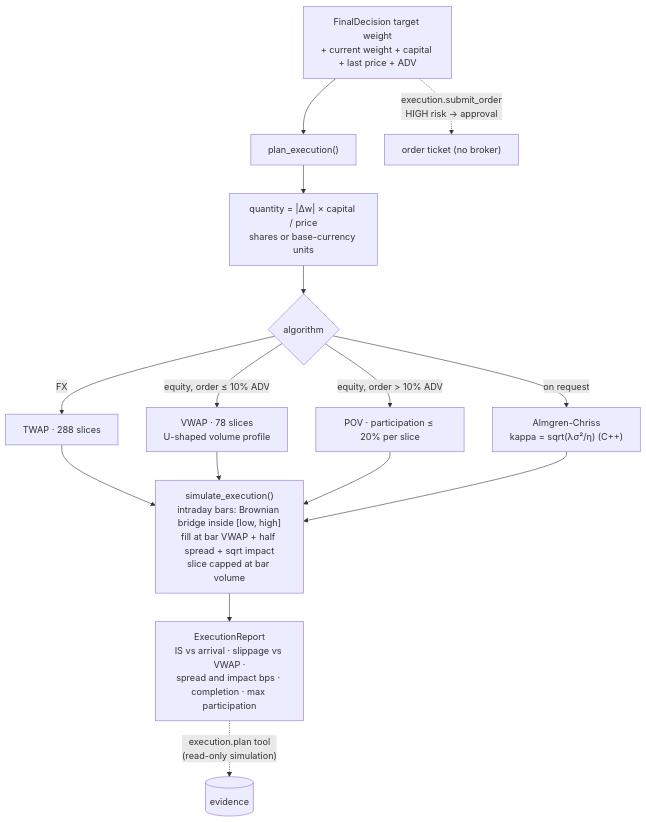
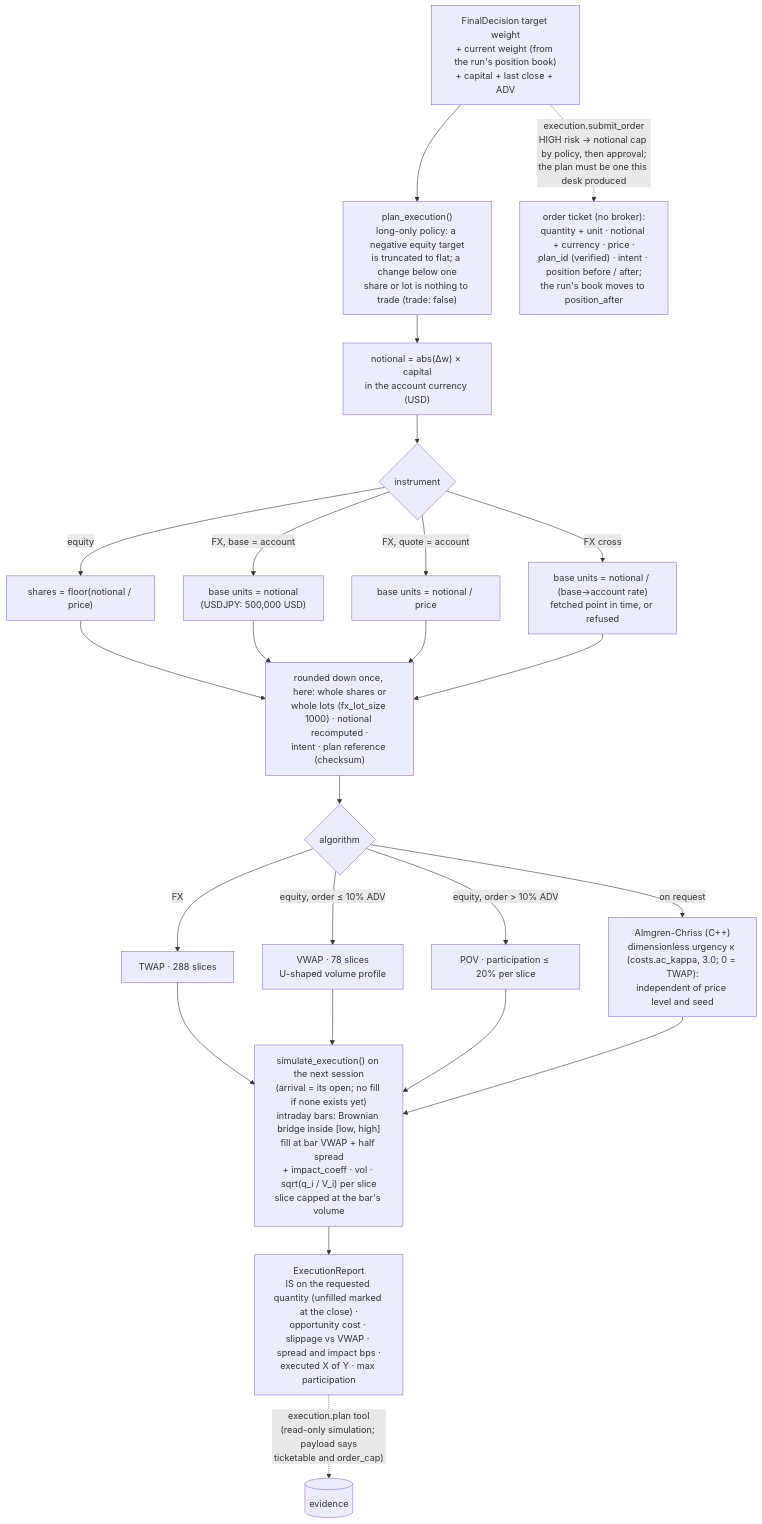
Before and after one commit to AshJha0/agentic-trader: diagram 21 of 30 in docs/DIAGRAMS.md, drawn with Mermaid. The commit also changed other lines of this file and 112 other files, not shown here.

````diff
--- a/docs/DIAGRAMS.md
+++ b/docs/DIAGRAMS.md
@@ -595,17 +610,26 @@
 ```mermaid
 flowchart TD
-    D["FinalDecision target weight<br/>+ current weight + capital + last price + ADV"] --> PL["plan_execution()"]
-    PL --> Q["quantity = |Δw| × capital / price<br/>shares or base-currency units"]
-    Q --> ALG{"algorithm"}
+    D["FinalDecision target weight<br/>+ current weight (from the run's position book)<br/>+ capital + last close + ADV"] --> PL["plan_execution()<br/>long-only policy: a negative equity target<br/>is truncated to flat; a change below one<br/>share or lot is nothing to trade (trade: false)"]
+    PL --> N["notional = abs(Δw) × capital<br/>in the account currency (USD)"]
+    N --> Q{"instrument"}
+    Q -- equity --> QE["shares = floor(notional / price)"]
+    Q -- "FX, base = account" --> QB["base units = notional<br/>(USDJPY: 500,000 USD)"]
+    Q -- "FX, quote = account" --> QQ["base units = notional / price"]
+    Q -- "FX cross" --> QX["base units = notional / (base→account rate)<br/>fetched point in time, or refused"]
+    QE --> LOT["rounded down once, here: whole shares or<br/>whole lots (fx_lot_size 1000) · notional recomputed ·<br/>intent · plan reference (checksum)"]
+    QB --> LOT
+    QQ --> LOT
+    QX --> LOT
+    LOT --> ALG{"algorithm"}
     ALG -- "FX" --> TWAP["TWAP · 288 slices"]
     ALG -- "equity, order ≤ 10% ADV" --> VWAP["VWAP · 78 slices<br/>U-shaped volume profile"]
     ALG -- "equity, order > 10% ADV" --> POV["POV · participation ≤ 20% per slice"]
-    ALG -- "on request" --> AC["Almgren-Chriss<br/>kappa = sqrt(λσ²/η) (C++)"]
+    ALG -- "on request" --> AC["Almgren-Chriss (C++)<br/>dimensionless urgency κ (costs.ac_kappa, 3.0; 0 = TWAP):<br/>independent of price level and seed"]
     TWAP --> SIM
     VWAP --> SIM
     POV --> SIM
-    AC --> SIM["simulate_execution()<br/>intraday bars: Brownian bridge inside [low, high]<br/>fill at bar VWAP + half spread + sqrt impact<br/>slice capped at bar volume"]
-    SIM --> OUT["ExecutionReport<br/>IS vs arrival · slippage vs VWAP ·<br/>spread and impact bps · completion · max participation"]
-    OUT -.->|"execution.plan tool<br/>(read-only simulation)"| EV[(evidence)]
-    D -.->|"execution.submit_order<br/>HIGH risk → approval"| TICKET["order ticket (no broker)"]
+    AC --> SIM["simulate_execution() on the next session<br/>(arrival = its open; no fill if none exists yet)<br/>intraday bars: Brownian bridge inside [low, high]<br/>fill at bar VWAP + half spread<br/>+ impact_coeff · vol · sqrt(q_i / V_i) per slice<br/>slice capped at the bar's volume"]
+    SIM --> OUT["ExecutionReport<br/>IS on the requested quantity (unfilled marked at the close) ·<br/>opportunity cost · slippage vs VWAP · spread and impact bps ·<br/>executed X of Y · max participation"]
+    OUT -.->|"execution.plan tool<br/>(read-only simulation; payload says<br/>ticketable and order_cap)"| EV[(evidence)]
+    D -.->|"execution.submit_order<br/>HIGH risk → notional cap by policy, then approval;<br/>the plan must be one this desk produced"| TICKET["order ticket (no broker):<br/>quantity + unit · notional + currency · price ·<br/>plan_id (verified) · intent · position before / after;<br/>the run's book moves to position_after"]
 ```
````
